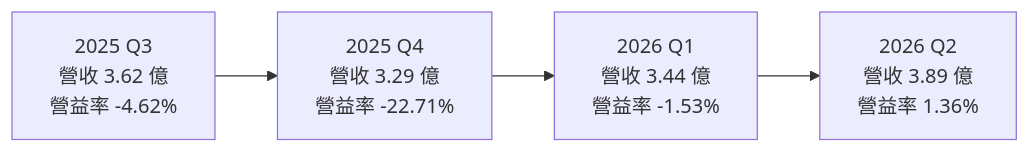
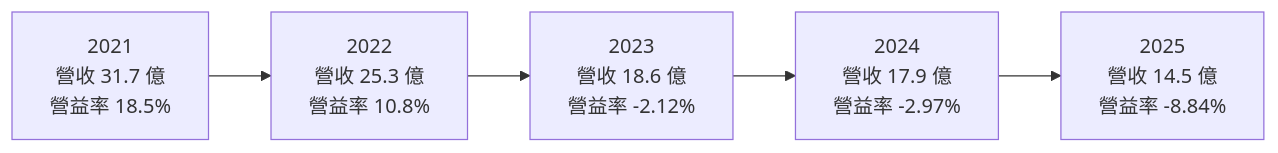
Before and after one commit to wangnick1004/taiwan-stock-vault: the third of 4 diagrams in 個股/台股/3527聚積.md, drawn with Mermaid. The commit also changed other lines of this file and 142 other files, not shown here.

````diff
--- a/個股/台股/3527聚積.md
+++ b/個股/台股/3527聚積.md
@@ -133,4 +130,4 @@
 ```mermaid
 flowchart LR
-    Q3["2025 Q3<br/>營收 3.62 億<br/>營益率 -4.62%"] --> Q4["2025 Q4<br/>營收 3.29 億<br/>營益率 -22.71%"] --> Q1["2026 Q1<br/>營收 3.44 億<br/>營益率 -1.53%"] --> Q2["2026 Q2<br/>營收 3.89 億<br/>營益率 1.36%"]
+    Y21["2021<br/>營收 31.7 億<br/>營益率 18.5%"] --> Y22["2022<br/>營收 25.3 億<br/>營益率 10.8%"] --> Y23["2023<br/>營收 18.6 億<br/>營益率 -2.12%"] --> Y24["2024<br/>營收 17.9 億<br/>營益率 -2.97%"] --> Y25["2025<br/>營收 14.5 億<br/>營益率 -8.84%"]
 ```
````
